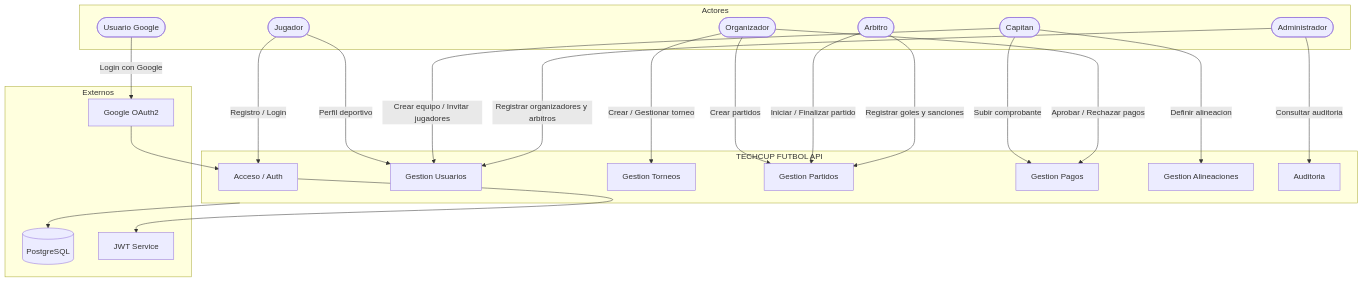
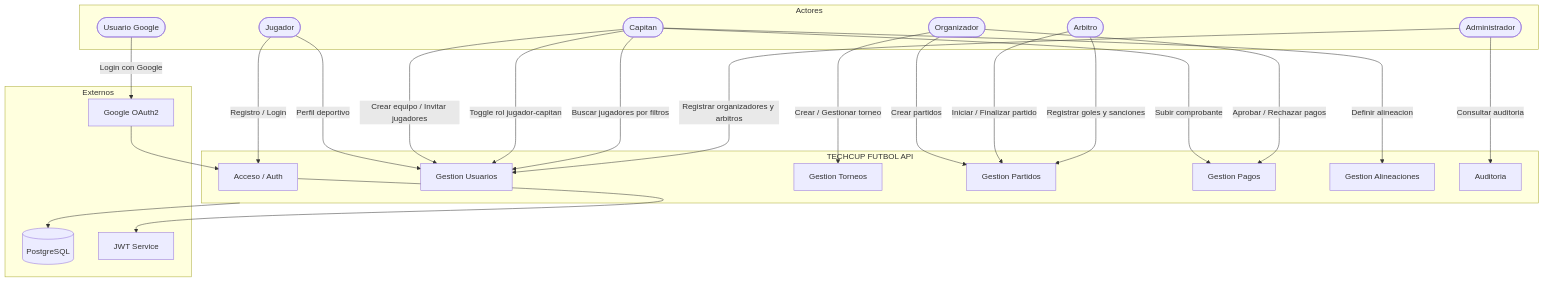
One commit to nglsz006/SFC_techcup-futbol changed the diagram in docs/uml/diagrama-contexto.md. Above: the diagram before and after it, drawn with Mermaid. The commit also changed 14 other files, not shown here.

Commit message:
actualizar diagramas: ER, clases, componentes, secuencia y contexto

````diff
--- a/docs/uml/diagrama-contexto.md
+++ b/docs/uml/diagrama-contexto.md
@@ -11,45 +11,47 @@
 ```mermaid
 graph TD
     subgraph Actores
         J([Jugador])
         C([Capitan])
         O([Organizador])
         A([Arbitro])
         AD([Administrador])
         G([Usuario Google])
     end
 
     subgraph TECHCUP_FUTBOL["TECHCUP FUTBOL API"]
         ACC[Acceso / Auth]
         USR[Gestion Usuarios]
         TOR[Gestion Torneos]
         PAR[Gestion Partidos]
         PAG[Gestion Pagos]
         ALI[Gestion Alineaciones]
         AUD[Auditoria]
     end
 
     subgraph Externos
         PG[(PostgreSQL)]
         GG[Google OAuth2]
         JWT[JWT Service]
     end
 
     J -->|Registro / Login| ACC
     J -->|Perfil deportivo| USR
     C -->|Crear equipo / Invitar jugadores| USR
+    C -->|Toggle rol jugador-capitan| USR
+    C -->|Buscar jugadores por filtros| USR
     C -->|Subir comprobante| PAG
     C -->|Definir alineacion| ALI
     O -->|Crear / Gestionar torneo| TOR
     O -->|Crear partidos| PAR
     O -->|Aprobar / Rechazar pagos| PAG
     A -->|Iniciar / Finalizar partido| PAR
     A -->|Registrar goles y sanciones| PAR
     AD -->|Registrar organizadores y arbitros| USR
     AD -->|Consultar auditoria| AUD
     G -->|Login con Google| GG
 
     ACC --> JWT
     GG --> ACC
     TECHCUP_FUTBOL --> PG
 ```
````
